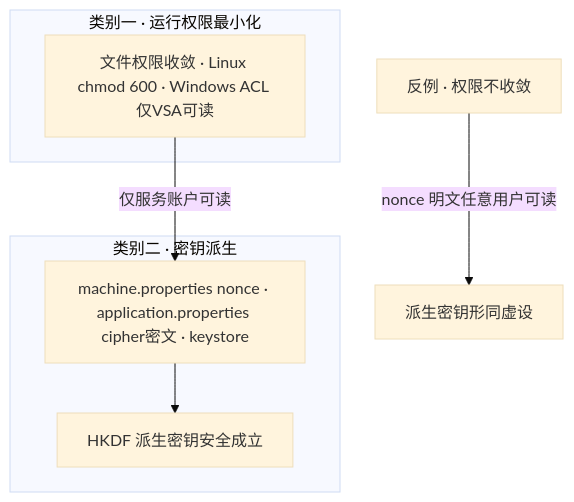
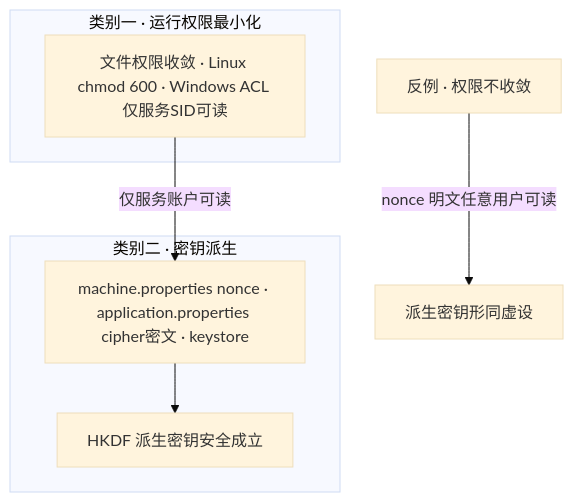
The seventh of 8 diagrams in origin/2-projects/vertiv/PI/experience/v4.0/security-fix/design/crypto-key-management-solution.md (vb-wjt/study), drawn with Mermaid (base theme) before and after one commit. The commit also changed other lines of this file and 6 other files, not shown here.

````diff
--- a/origin/2-projects/vertiv/PI/experience/v4.0/security-fix/design/crypto-key-management-solution.md
+++ b/origin/2-projects/vertiv/PI/experience/v4.0/security-fix/design/crypto-key-management-solution.md
@@ -366,13 +404,13 @@
 ```mermaid
 flowchart TB
   subgraph cat1 [类别一 · 运行权限最小化]
-    perm["文件权限收敛 · Linux chmod 600 · Windows ACL 仅VSA可读"]
+    perm["文件权限收敛 · Linux chmod 600 · Windows ACL 仅服务SID可读"]
   end
   subgraph cat2 [类别二 · 密钥派生]
     files["machine.properties nonce · application.properties cipher密文 · keystore"]
     derive["HKDF 派生密钥安全成立"]
   end
   perm -->|"仅服务账户可读"| files
   files --> derive
   bad["反例 · 权限不收敛"] -->|"nonce 明文任意用户可读"| weak["派生密钥形同虚设"]
 ```
````
